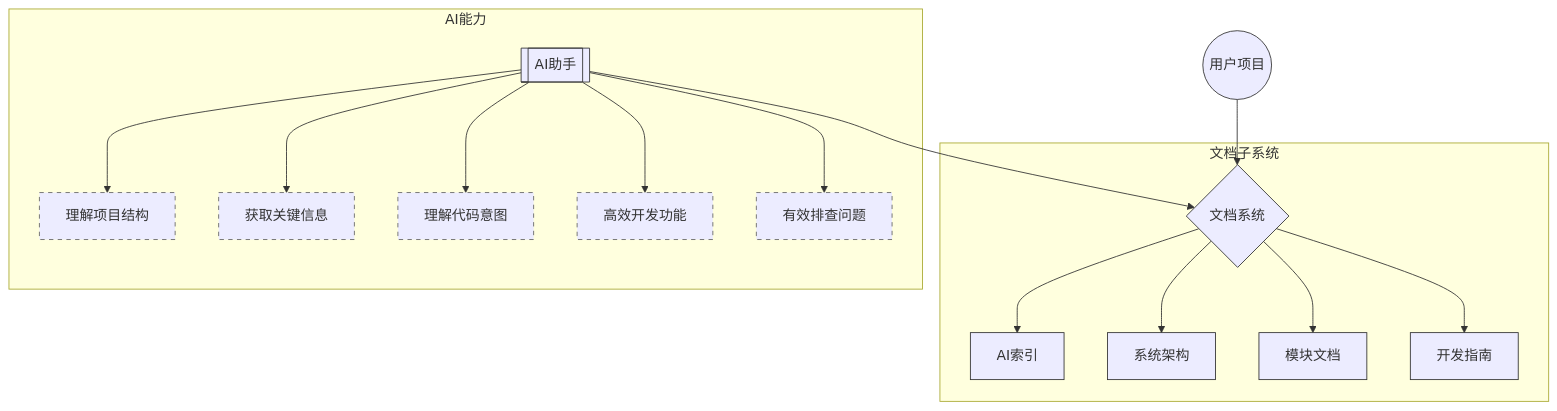
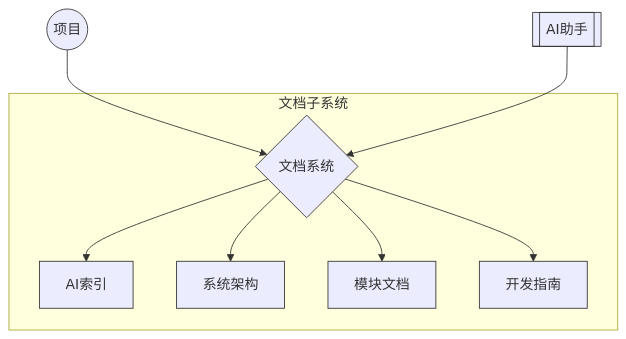
The first of 2 diagrams in README.zh.md (pinqy520/roo-code-vibook), drawn with Mermaid before and after one commit. The commit also changed other lines of this file and 1 other file, not shown here.

````diff
--- a/README.zh.md
+++ b/README.zh.md
@@ -50,32 +33,18 @@
 ```mermaid
 graph TD
-    %% 节点样式定义
     classDef project stroke:#333,stroke-width:1px
     classDef docSystem stroke:#333,stroke-width:1px
     classDef aiAssist stroke:#333,stroke-width:1px
     classDef component stroke:#333,stroke-width:1px
-    classDef capability stroke-dasharray:5 5,stroke:#666
     
-    %% 主要节点
-    A((用户项目)):::project --> B{文档系统}:::docSystem
+    A((项目)):::project --> B{文档系统}:::docSystem
     
-    %% 文档系统组件
     subgraph 文档子系统
         B --> C1[AI索引]:::component
         B --> C2[系统架构]:::component
         B --> C3[模块文档]:::component
         B --> C4[开发指南]:::component
     end
     
-    %% AI助手部分
     D[[AI助手]]:::aiAssist --> B
-    
-    %% AI能力
-    subgraph AI能力
-        D --> E[理解项目结构]:::capability
-        D --> F[获取关键信息]:::capability
-        D --> G[理解代码意图]:::capability
-        D --> H[高效开发功能]:::capability
-        D --> I[有效排查问题]:::capability
-    end
 ```
````
